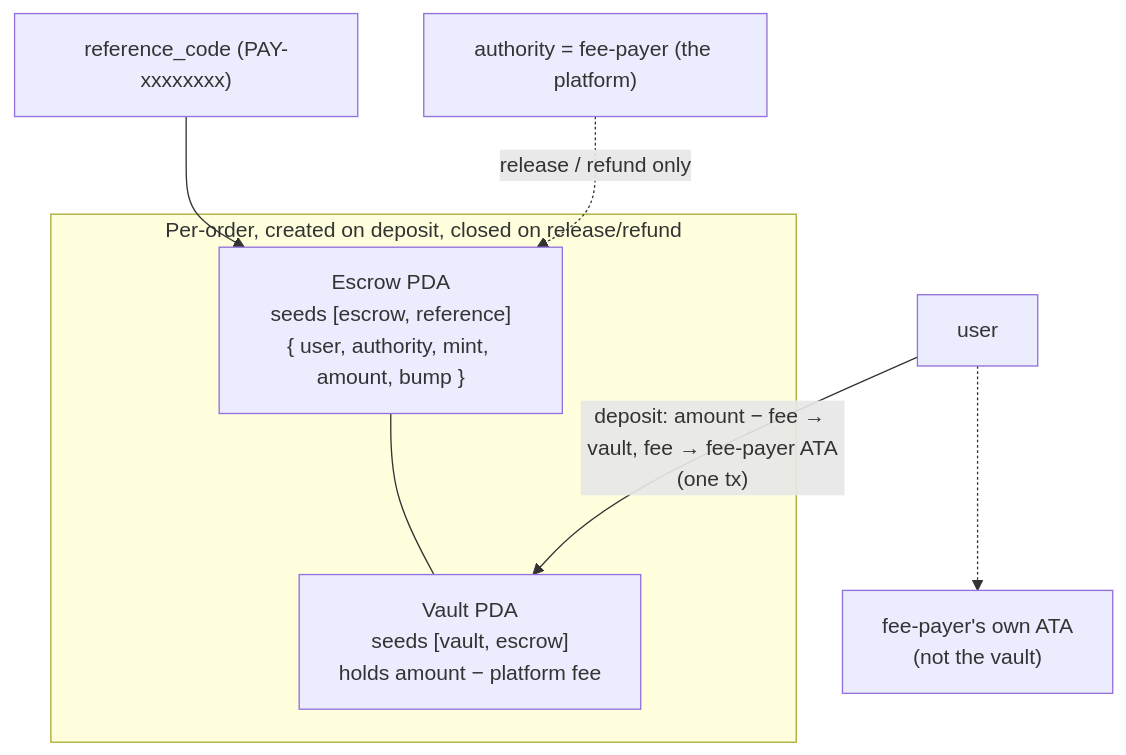
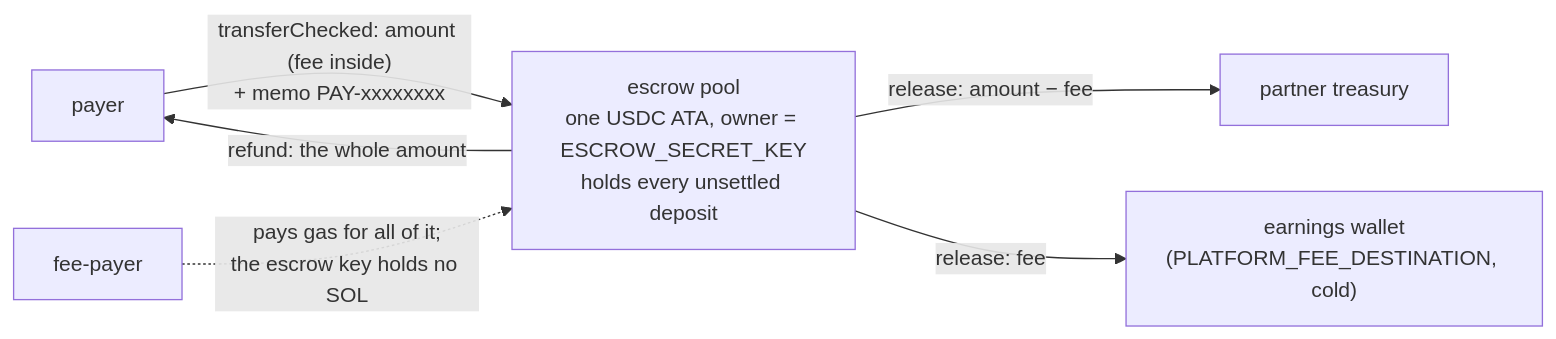
One commit to unabrijed/frenspay changed the first of 2 diagrams in monorepo/docs/06-offramp-and-settlement.md. Above: the diagram before and after it, drawn with Mermaid. The commit also changed other lines of this file and 8 other files, not shown here.

First line of the commit message:
docs: 16 — the escrow pool and the shelved program; the keys runbooks

````diff
--- a/monorepo/docs/06-offramp-and-settlement.md
+++ b/monorepo/docs/06-offramp-and-settlement.md
@@ -45,13 +49,8 @@
 ```mermaid
-flowchart TB
-    REF["reference_code (PAY-xxxxxxxx)"] --> ESCROW
-    subgraph perOrder["Per-order, created on deposit, closed on release/refund"]
-      ESCROW["Escrow PDA<br/>seeds [escrow, reference]<br/>{ user, authority, mint, amount, bump }"]
-      VAULT["Vault PDA<br/>seeds [vault, escrow]<br/>holds amount − platform fee"]
-    end
-    ESCROW --- VAULT
-    FEE["fee-payer's own ATA<br/>(not the vault)"]
-    U["user"] -- "deposit: amount − fee → vault, fee → fee-payer ATA<br/>(one tx)" --> VAULT
-    U -.-> FEE
-    AUTH["authority = fee-payer (the platform)"] -.->|release / refund only| ESCROW
+flowchart LR
+    U["payer"] -- "transferChecked: amount (fee inside)<br/>+ memo PAY-xxxxxxxx" --> POOL["escrow pool<br/>one USDC ATA, owner = ESCROW_SECRET_KEY<br/>holds every unsettled deposit"]
+    POOL -- "release: amount − fee" --> LP["partner treasury"]
+    POOL -- "release: fee" --> EARN["earnings wallet<br/>(PLATFORM_FEE_DESTINATION, cold)"]
+    POOL -- "refund: the whole amount" --> U
+    FP["fee-payer"] -. "pays gas for all of it;<br/>the escrow key holds no SOL" .-> POOL
 ```
````
